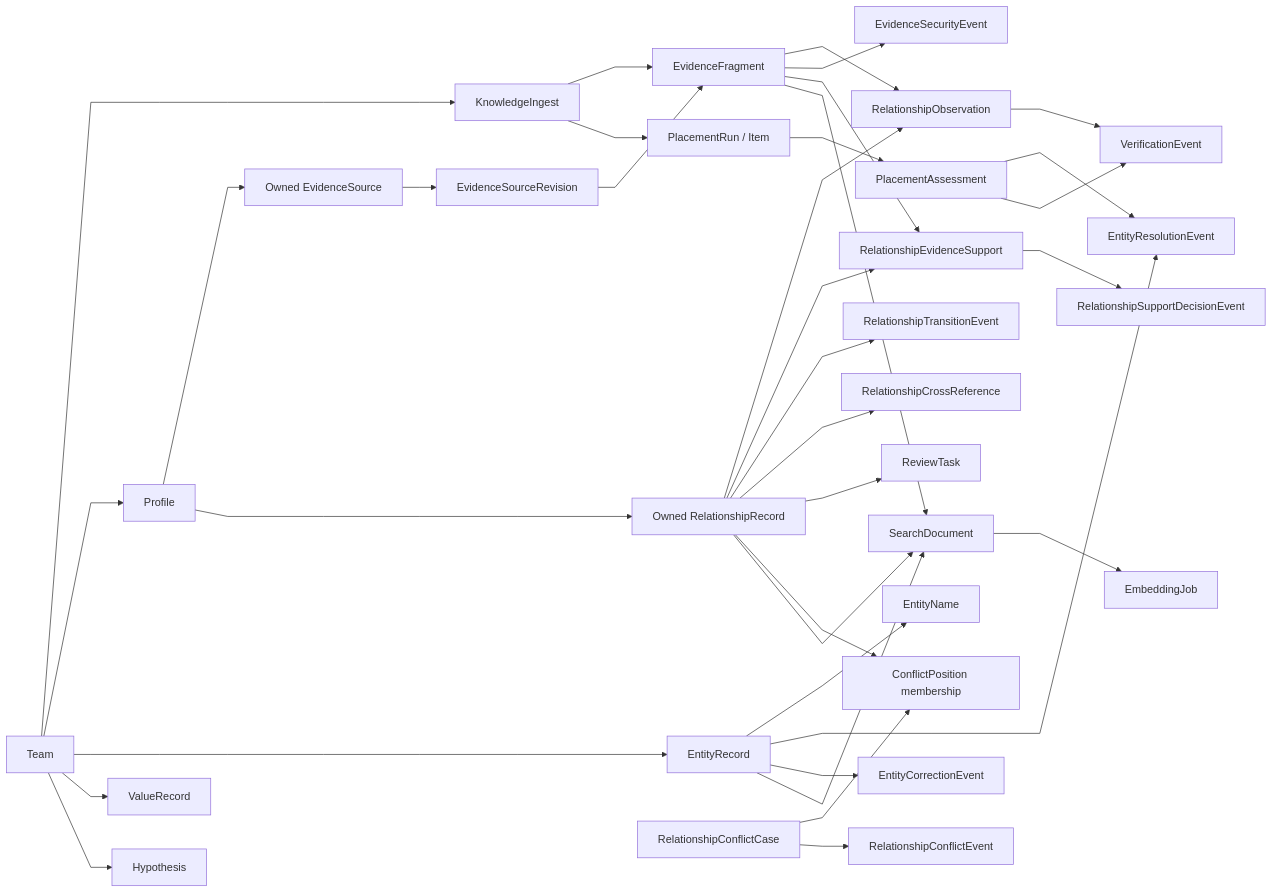
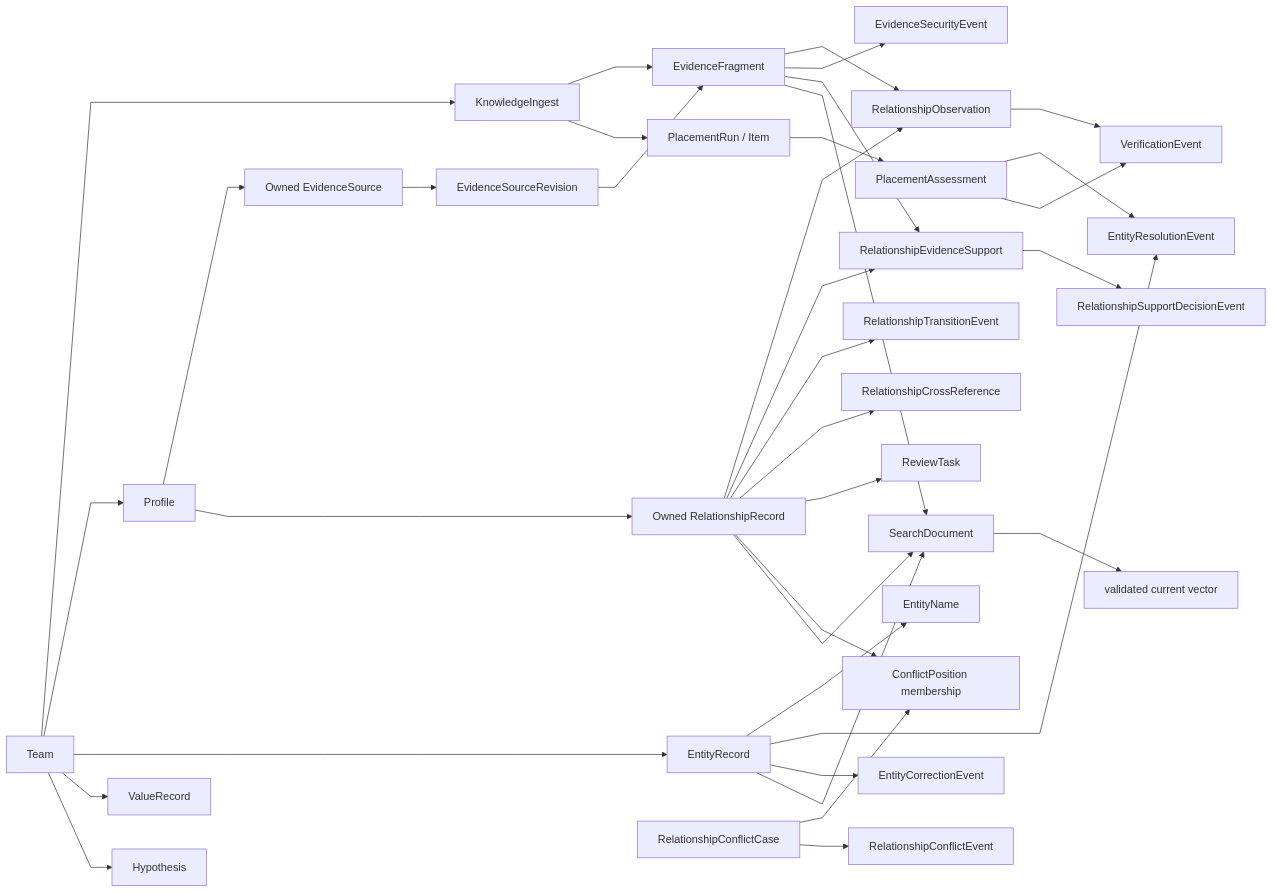
One commit to markhuangai/dense-mem changed the third of 12 diagrams in Data-Model-And-Storage.md. Above: the diagram before and after it, drawn with Mermaid. The commit also changed other lines of this file and 24 other files, not shown here.

````diff
--- a/Data-Model-And-Storage.md
+++ b/Data-Model-And-Storage.md
@@ -64,41 +64,41 @@
 ```mermaid
 %%{init: {"flowchart": {"curve": "linear"}}}%%
 flowchart LR
   Team["Team"] --> Ingest["KnowledgeIngest"]
   Team --> Profile["Profile"]
   Profile --> Source["Owned EvidenceSource"]
   Source --> Revision["EvidenceSourceRevision"]
   Team --> Entity["EntityRecord"]
   Team --> Value["ValueRecord"]
   Profile --> Relationship["Owned RelationshipRecord"]
   Team --> Hypothesis["Hypothesis"]
 
   Ingest --> Fragment["EvidenceFragment"]
   Revision --> Fragment
   Ingest --> Placement["PlacementRun / Item"]
   Placement --> Assessment["PlacementAssessment"]
   Entity --> Name["EntityName"]
   Entity --> Resolution["EntityResolutionEvent"]
   Entity --> Correction["EntityCorrectionEvent"]
 
   Fragment --> Observation["RelationshipObservation"]
   Fragment --> Security["EvidenceSecurityEvent"]
   Assessment --> Resolution
   Assessment --> Verification
   Observation --> Verification["VerificationEvent"]
   Relationship --> Observation
   Relationship --> Support["RelationshipEvidenceSupport"]
   Fragment --> Support
   Support --> SupportDecision["RelationshipSupportDecisionEvent"]
   Relationship --> Transition["RelationshipTransitionEvent"]
   Relationship --> Cross["RelationshipCrossReference"]
   Relationship --> Review["ReviewTask"]
   Relationship --> Position["ConflictPosition membership"]
   Conflict["RelationshipConflictCase"] --> Position
   Conflict --> ConflictEvent["RelationshipConflictEvent"]
 
   Entity --> Search["SearchDocument"]
   Relationship --> Search
   Fragment --> Search
-  Search --> Job["EmbeddingJob"]
+  Search --> Vector["validated current vector"]
 ```
````
